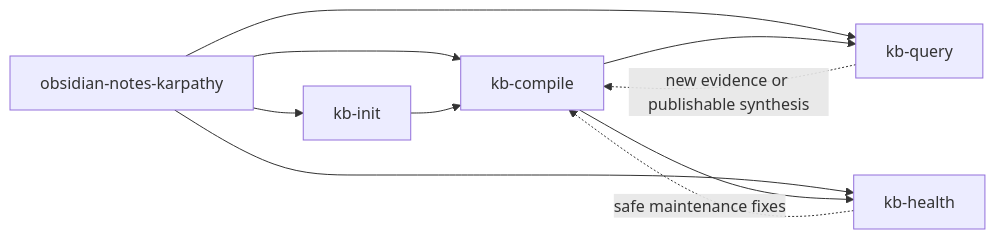
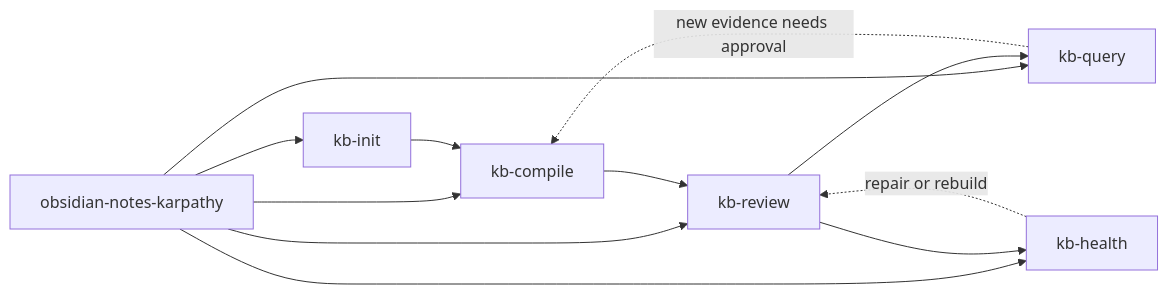
One commit to bahayonghang/obsidian-notes-karpathy changed the diagram in docs/workflow/overview.md. Above: the diagram before and after it, drawn with Mermaid. The commit also changed other lines of this file and 27 other files, not shown here.

````diff
--- a/docs/workflow/overview.md
+++ b/docs/workflow/overview.md
@@ -15,12 +16,14 @@
 ```mermaid
 graph LR
     A[obsidian-notes-karpathy] --> B[kb-init]
     A --> C[kb-compile]
-    A --> D[kb-query]
-    A --> E[kb-health]
+    A --> D[kb-review]
+    A --> E[kb-query]
+    A --> F[kb-health]
     B --> C
     C --> D
-    C --> E
-    D -.->|new evidence or publishable synthesis| C
-    E -.->|safe maintenance fixes| C
+    D --> E
+    D --> F
+    E -.->|new evidence needs approval| C
+    F -.->|repair or rebuild| D
 ```
````
